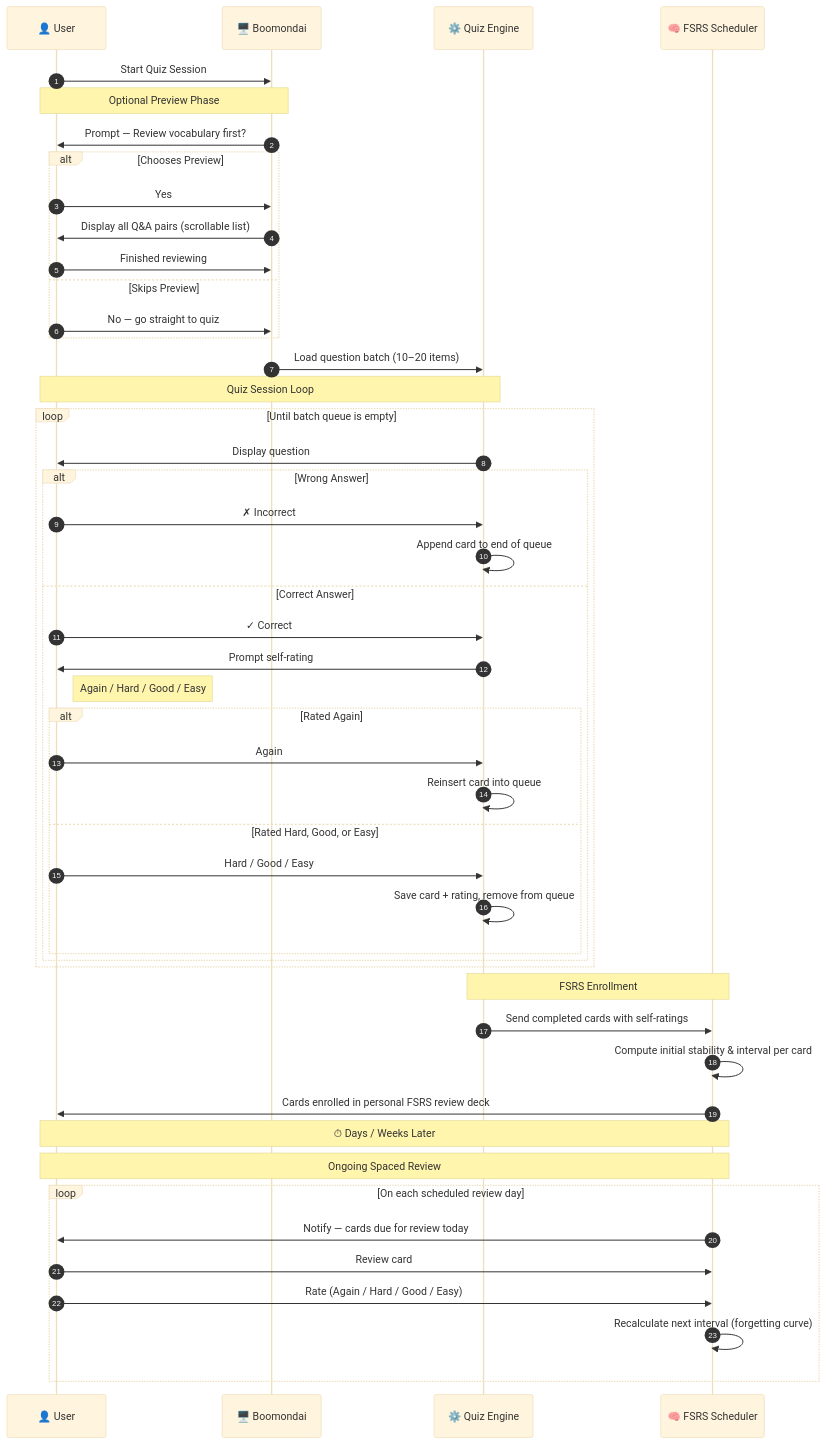
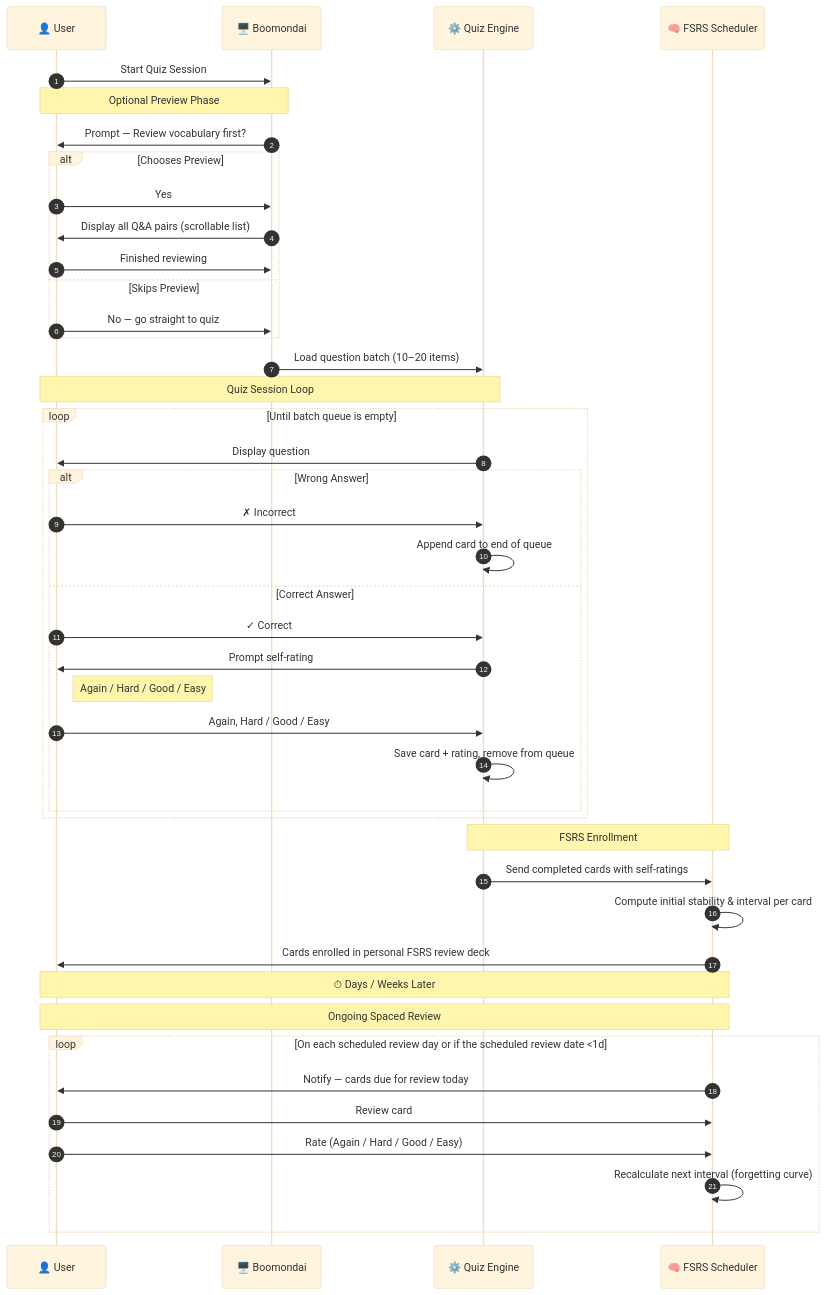
One commit to GuyWithBag/boo_mondai changed the diagram in references/call_system.md. Above: the diagram before and after it, drawn with Mermaid (base theme). The commit also changed 6 other files, not shown here.

````diff
--- a/references/call_system.md
+++ b/references/call_system.md
@@ -4,66 +4,61 @@
 ```mermaid
 sequenceDiagram
     autonumber
     participant U as 👤 User
     participant BD as 🖥️ Boomondai
     participant QE as ⚙️ Quiz Engine
     participant FS as 🧠 FSRS Scheduler
  
     U->>BD: Start Quiz Session
  
 
         Note over U,BD: Optional Preview Phase
         BD->>U: Prompt — Review vocabulary first?
         alt Chooses Preview
             U->>BD: Yes
             BD->>U: Display all Q&A pairs (scrollable list)
             U->>BD: Finished reviewing
         else Skips Preview
             U->>BD: No — go straight to quiz
         end
 
  
     BD->>QE: Load question batch (10–20 items)
  
     
         Note over U,QE: Quiz Session Loop
         loop Until batch queue is empty
             QE->>U: Display question
  
             alt Wrong Answer
                 U->>QE: ✗ Incorrect
                 QE->>QE: Append card to end of queue
             else Correct Answer
                 U->>QE: ✓ Correct
                 QE->>U: Prompt self-rating
                 note right of U: Again / Hard / Good / Easy
  
-                alt Rated Again
-                    U->>QE: Again
-                    QE->>QE: Reinsert card into queue
-                else Rated Hard, Good, or Easy
-                    U->>QE: Hard / Good / Easy
-                    QE->>QE: Save card + rating, remove from queue
-                end
+                U->>QE: Again, Hard / Good / Easy
+                QE->>QE: Save card + rating, remove from queue
             end
         end
 
  
 
         Note over QE,FS: FSRS Enrollment
         QE->>FS: Send completed cards with self-ratings
         FS->>FS: Compute initial stability & interval per card
         FS->>U: Cards enrolled in personal FSRS review deck
 
  
     Note over U,FS: ⏱ Days / Weeks Later
  
 
         Note over U,FS: Ongoing Spaced Review
-        loop On each scheduled review day
+        loop On each scheduled review day or if the scheduled review date <1d
             FS->>U: Notify — cards due for review today
             U->>FS: Review card
             U->>FS: Rate (Again / Hard / Good / Easy)
             FS->>FS: Recalculate next interval (forgetting curve)
         end
 ```
````
